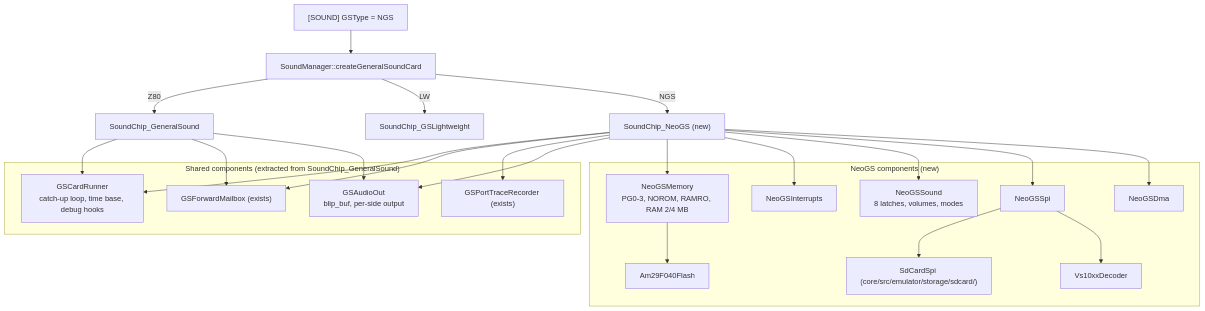
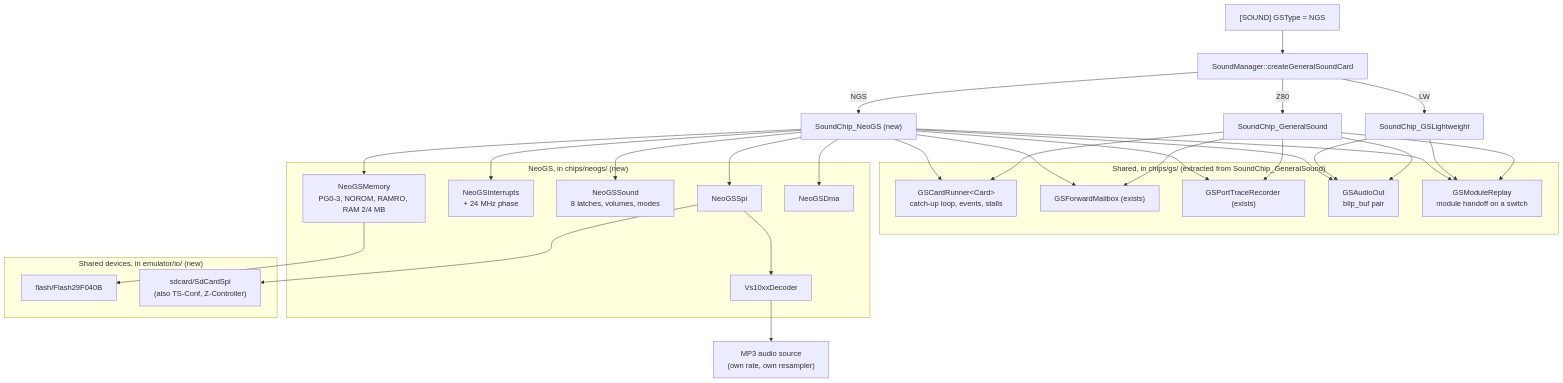
Before and after one commit to alfishe/unreal-ng: the third of 4 diagrams in docs/inprogress/2026-09-19-general-sound/neogs-tdd.md, drawn with Mermaid. The commit also changed other lines of this file and 5 other files, not shown here.

First line of the commit message:
docs(neogs): review round 4, design ready for phase 0

````diff
--- a/docs/inprogress/2026-09-19-general-sound/neogs-tdd.md
+++ b/docs/inprogress/2026-09-19-general-sound/neogs-tdd.md
@@ -519,38 +814,47 @@
 ```mermaid
 flowchart TB
     CFG["[SOUND] GSType = NGS"] --> SM["SoundManager::createGeneralSoundCard"]
     SM -->|Z80| LLE["SoundChip_GeneralSound"]
     SM -->|LW| LW["SoundChip_GSLightweight"]
     SM -->|NGS| NGS["SoundChip_NeoGS (new)"]
-    subgraph Shared["Shared components (extracted from SoundChip_GeneralSound)"]
-        RUN["GSCardRunner<br/>catch-up loop, time base, debug hooks"]
+    subgraph Shared["Shared, in chips/gs/ (extracted from SoundChip_GeneralSound)"]
+        RUN["GSCardRunner&lt;Card&gt;<br/>catch-up loop, events, stalls"]
         MBX["GSForwardMailbox (exists)"]
         TRC["GSPortTraceRecorder (exists)"]
-        OUT["GSAudioOut<br/>blip_buf, per-side output"]
+        OUT["GSAudioOut<br/>blip_buf pair"]
+        RPL["GSModuleReplay<br/>module handoff on a switch"]
     end
-    subgraph New["NeoGS components (new)"]
+    subgraph New["NeoGS, in chips/neogs/ (new)"]
         MEM["NeoGSMemory<br/>PG0-3, NOROM, RAMRO, RAM 2/4 MB"]
-        FLA["Am29F040Flash"]
-        IRQ["NeoGSInterrupts"]
+        IRQ["NeoGSInterrupts<br/>+ 24 MHz phase"]
         MIX["NeoGSSound<br/>8 latches, volumes, modes"]
         SPIB["NeoGSSpi"]
-        SDC["SdCardSpi (core/src/emulator/storage/sdcard/)"]
         VS["Vs10xxDecoder"]
         DMAS["NeoGSDma"]
     end
+    subgraph IO["Shared devices, in emulator/io/ (new)"]
+        FLA["flash/Flash29F040B"]
+        SDC["sdcard/SdCardSpi<br/>(also TS-Conf, Z-Controller)"]
+    end
     LLE --> RUN
     LLE --> MBX
+    LLE --> TRC
     LLE --> OUT
+    LLE --> RPL
+    LW --> OUT
+    LW --> RPL
     NGS --> RUN
     NGS --> MBX
     NGS --> TRC
     NGS --> OUT
+    NGS --> RPL
     NGS --> MEM
     MEM --> FLA
     NGS --> IRQ
     NGS --> MIX
     NGS --> SPIB
     SPIB --> SDC
     SPIB --> VS
     NGS --> DMAS
+    VS --> MP3OUT["MP3 audio source<br/>(own rate, own resampler)"]
 ```
````
